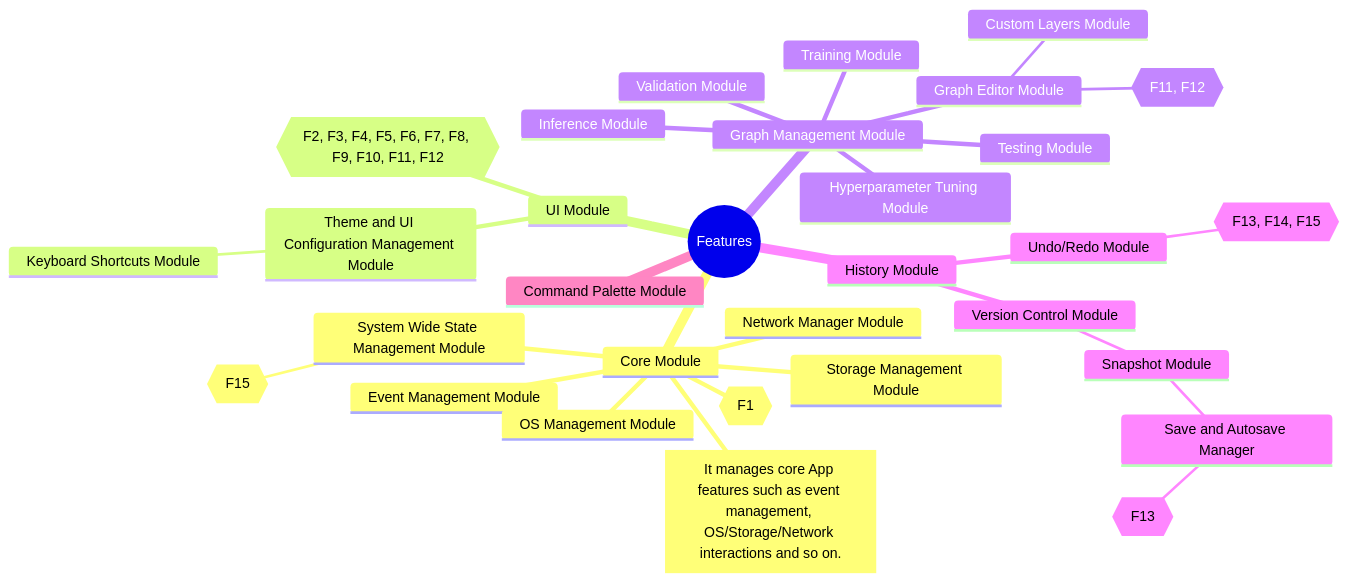
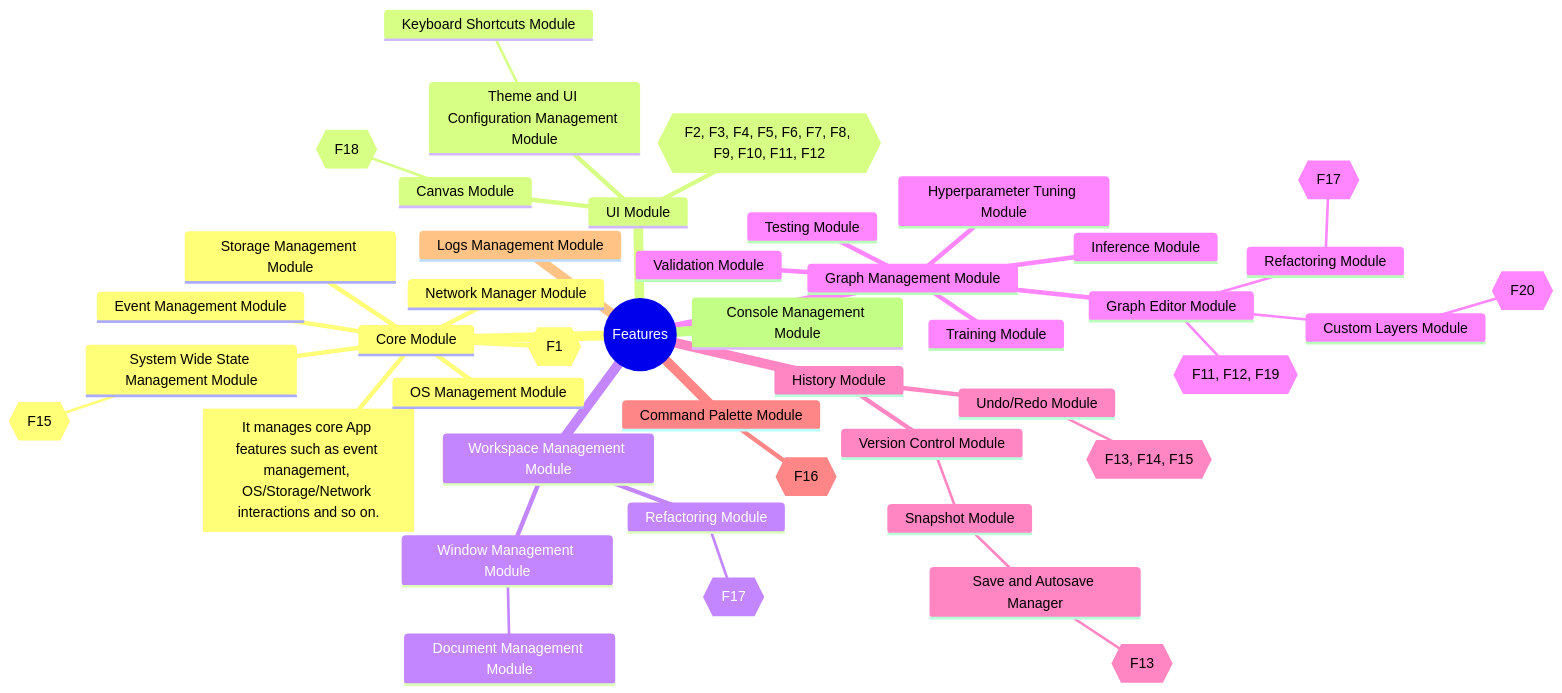
The first of 2 diagrams in Design Diagrams/Top Level Modules.md (rohan843/dnncase), drawn with Mermaid before and after one commit.

````diff
--- a/Design Diagrams/Top Level Modules.md
+++ b/Design Diagrams/Top Level Modules.md
@@ -69,34 +69,47 @@
 ```mermaid
 mindmap
   root((Features))
     Core Module
         id[It manages core App features such as event management, OS/Storage/Network interactions and so on.]
         System Wide State Management Module
-          id{{F15}}
+            id{{F15}}
         Event Management Module
         Storage Management Module
         OS Management Module
         Network Manager Module
         id{{F1}}
     UI Module
         id{{F2, F3, F4, F5, F6, F7, F8, F9, F10, F11, F12}}
+        Canvas Module
+            id{{F18}}
         Theme and UI Configuration Management Module
             Keyboard Shortcuts Module
+    Workspace Management Module
+        Refactoring Module
+            id{{F17}}
+        Window Management Module
+            Document Management Module
     Graph Management Module
         Graph Editor Module
-            id{{F11, F12}}
+            id{{F11, F12, F19}}
             Custom Layers Module
+                id{{F20}}
+            Refactoring Module
+                id{{F17}}
         Validation Module
         Training Module
         Hyperparameter Tuning Module
         Testing Module
         Inference Module
     History Module
         Version Control Module
             Snapshot Module
                 Save and Autosave Manager
                     id{{F13}}
         Undo/Redo Module
             id{{F13, F14, F15}}
-    Command Palette Module
+    Command Palette Module   
+        id{{F16}}
+    Logs Management Module
+    Console Management Module
 ```
````
